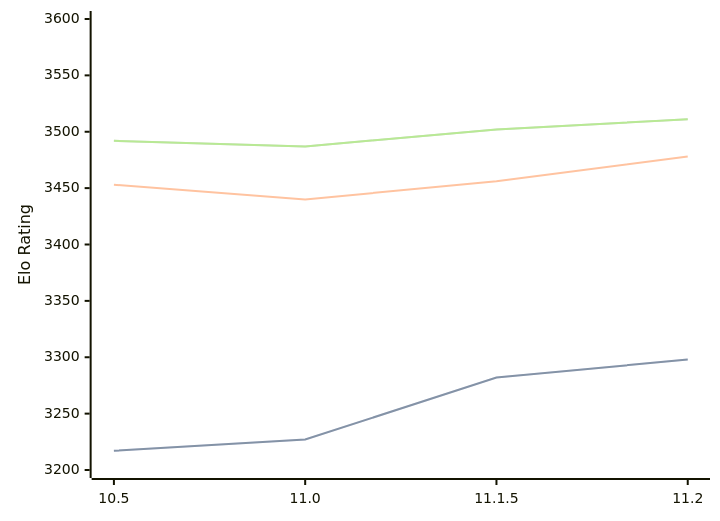
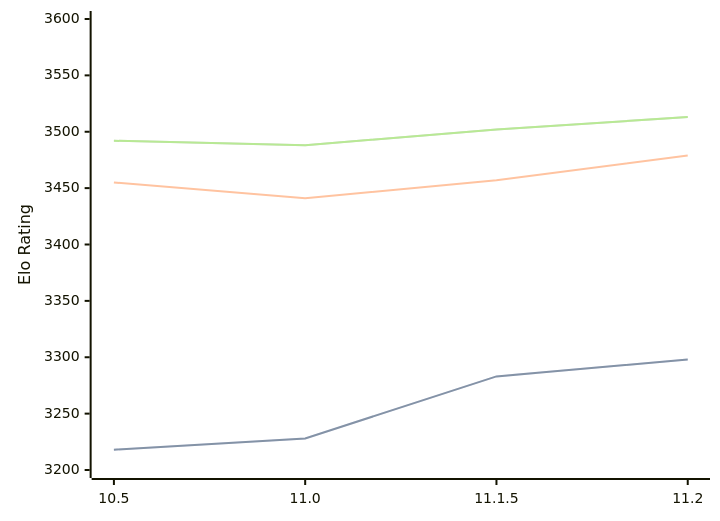
Before and after one commit to computer-chess-index/cci: the diagram in engines/Lizard.md, drawn with Mermaid. The commit also changed other lines of this file, not shown here.

Commit message:
Update CCI Ratings (ELO VLTC) - 2026-08-21

````diff
--- a/engines/Lizard.md
+++ b/engines/Lizard.md
@@ -34,11 +34,11 @@
 ```mermaid
 %%{init: {"theme":"base","themeVariables":{"seriesColors:['#a3a3a3','#222221','#faa371']}}}%%
 xychart-beta
   x-axis ["10.5", "11.0", "11.1.5", "11.2"]
   y-axis "Elo Rating" 3200 --> 3600
-  line "STC (8.0+0.08s)" [3217, 3227, 3282, 3298]
-  line "STC (8.0+0.08s)" [3217, 3227, 3282, 3298]
-  line "LTC (60.0+0.60s)" [3453, 3440, 3456, 3478]
-  line "VLTC (2m24s+1.12s)" [3492, 3487, 3502, 3511]
-  line "VLTC (2m24s+1.12s)" [3492, 3487, 3502, 3511]
+  line "STC (8.0+0.08s)" [3218, 3228, 3283, 3298]
+  line "STC (8.0+0.08s)" [3218, 3228, 3283, 3298]
+  line "LTC (60.0+0.60s)" [3455, 3441, 3457, 3479]
+  line "VLTC (2m24s+1.12s)" [3492, 3488, 3502, 3513]
+  line "VLTC (2m24s+1.12s)" [3492, 3488, 3502, 3513]
 ```
````
